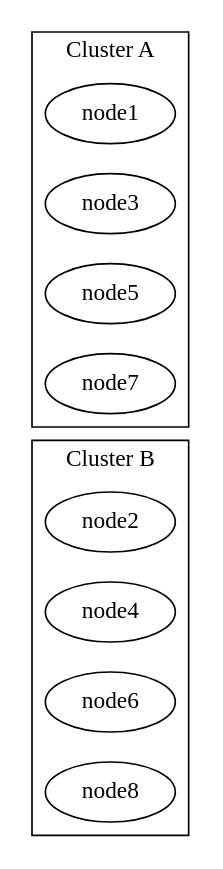
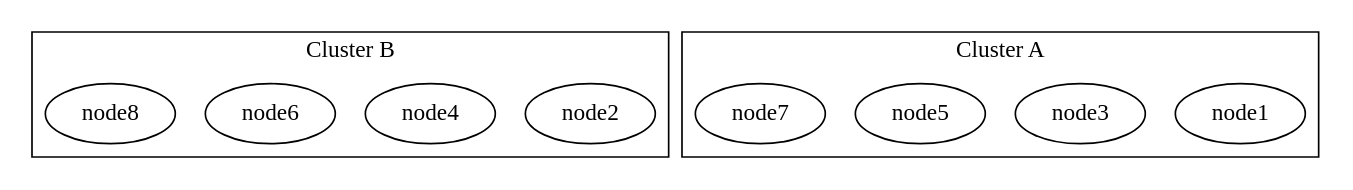
The sixth of 6 diagrams in other/graphviz.md (sisyphus1212/note), drawn with Graphviz before and after one commit.

Commit message:
auto_update

````diff
--- a/other/graphviz.md
+++ b/other/graphviz.md
@@ -76,16 +76,20 @@
 ```graphviz
 digraph {
-  rankdir=LR
+  rankdir=TB
 
   subgraph cluster_b {
     label="Cluster B";
     {rank=same; node2; node4; node6; node8;}
   }
 
   subgraph cluster_a {
     label="Cluster A";
     {rank=same; node1; node3; node5; node7;}
   }
+subgraph cluster_a {
+    label="Cluster A";
+    {rank=same; node1; node3; node5; node7;}
+  }
 
 }
 ```
````
